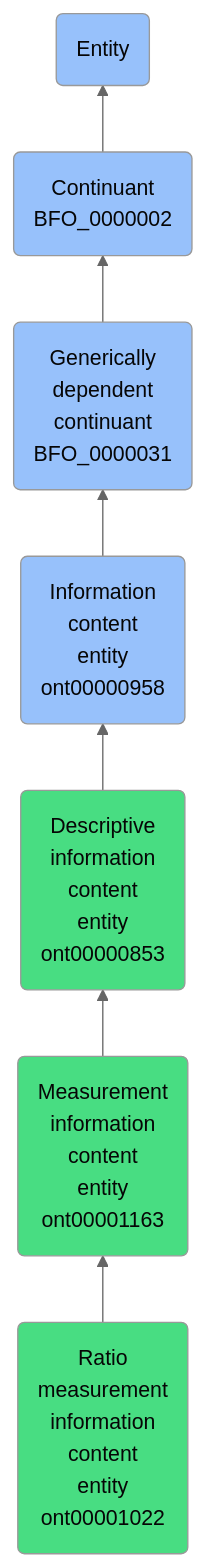
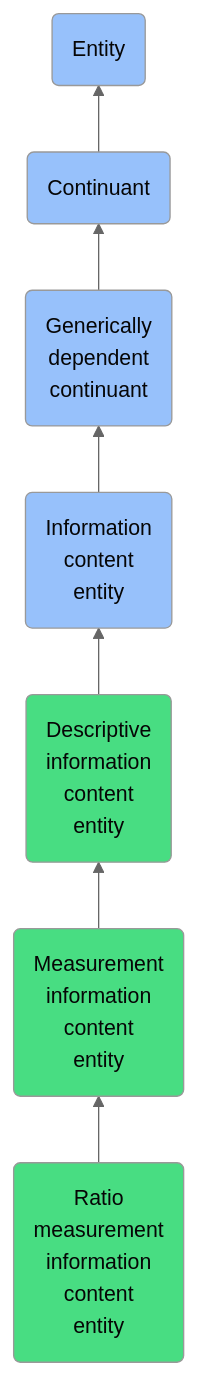
Before and after one commit to jupyter-naas/abi: the diagram in docs/ontology/reference/model/Entity/Continuant/Generically dependent continuant/Information content entity/Descriptive information content entity/Measurement information content entity/Ratio measurement information content entity/Ratio measurement information content entity.md, drawn with Mermaid (neutral theme). The commit also changed other lines of this file and 1430 other files, not shown here.

````diff
--- a/docs/ontology/reference/model/Entity/Continuant/Generically dependent continuant/Information content entity/Descriptive information content entity/Measurement information content entity/Ratio measurement information content entity/Ratio measurement information content entity.md
+++ b/docs/ontology/reference/model/Entity/Continuant/Generically dependent continuant/Information content entity/Descriptive information content entity/Measurement information content entity/Ratio measurement information content entity/Ratio measurement information content entity.md
@@ -27,14 +27,14 @@
 ```mermaid
 graph BT
-    ont00001022(Ratio<br>measurement<br>information<br>content<br>entity<br>ont00001022):::ABI-->ont00001163
-    ont00001163(Measurement<br>information<br>content<br>entity<br>ont00001163):::ABI-->ont00000853
-    ont00000853(Descriptive<br>information<br>content<br>entity<br>ont00000853):::ABI-->ont00000958
-    ont00000958(Information<br>content<br>entity<br>ont00000958):::BFO-->BFO_0000031
-    BFO_0000031(Generically<br>dependent<br>continuant<br>BFO_0000031):::BFO-->BFO_0000002
-    BFO_0000002(Continuant<br>BFO_0000002):::BFO-->BFO_0000001
+    ont00001022(Ratio<br>measurement<br>information<br>content<br>entity):::ABI-->ont00001163
+    ont00001163(Measurement<br>information<br>content<br>entity):::ABI-->ont00000853
+    ont00000853(Descriptive<br>information<br>content<br>entity):::ABI-->ont00000958
+    ont00000958(Information<br>content<br>entity):::BFO-->BFO_0000031
+    BFO_0000031(Generically<br>dependent<br>continuant):::BFO-->BFO_0000002
+    BFO_0000002(Continuant):::BFO-->BFO_0000001
     BFO_0000001(Entity):::BFO
     
     classDef BFO fill:#97c1fb,color:#060606
     classDef CCO fill:#e4c51e,color:#060606
     classDef ABI fill:#48DD82,color:#060606
 ```
````
